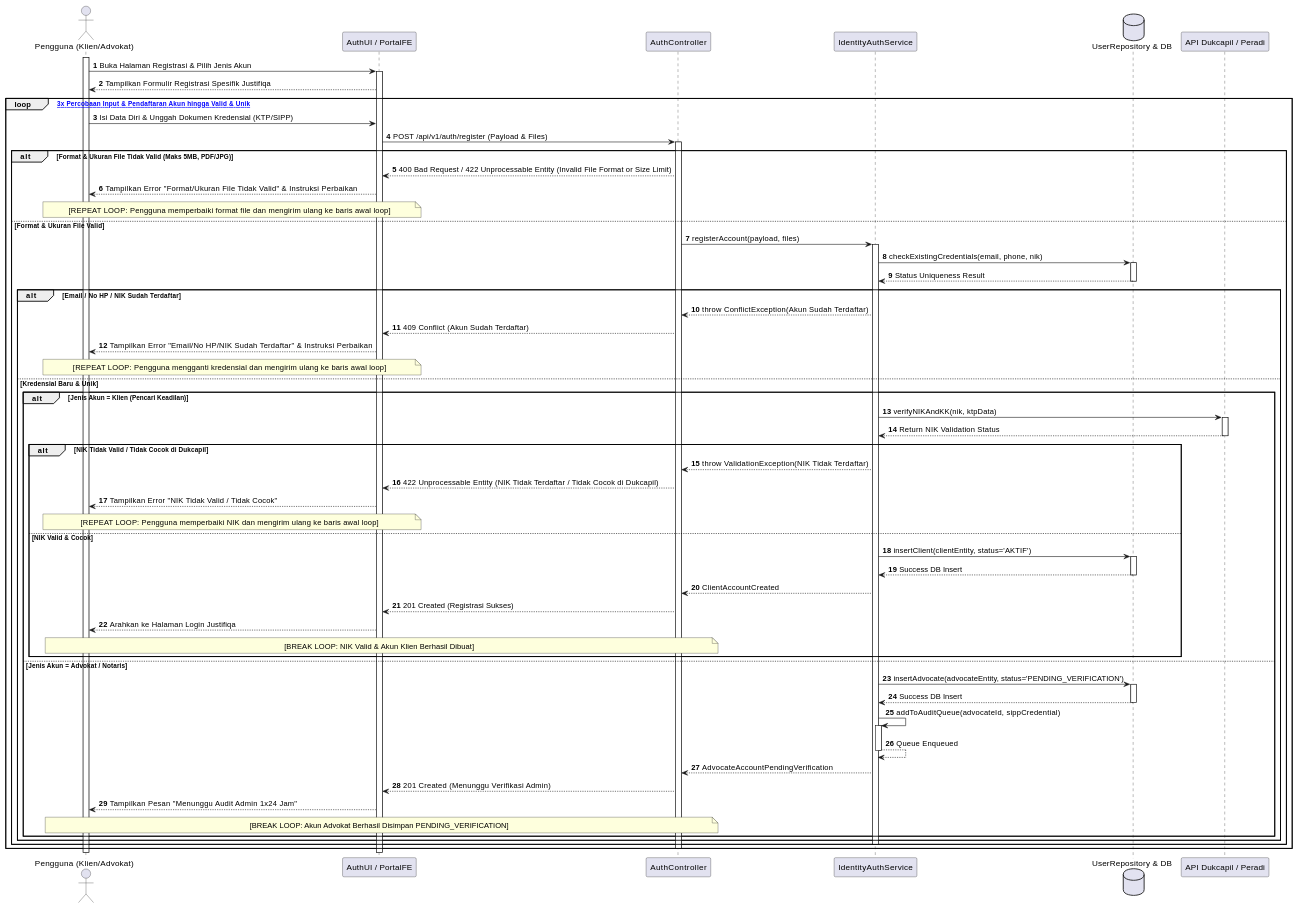
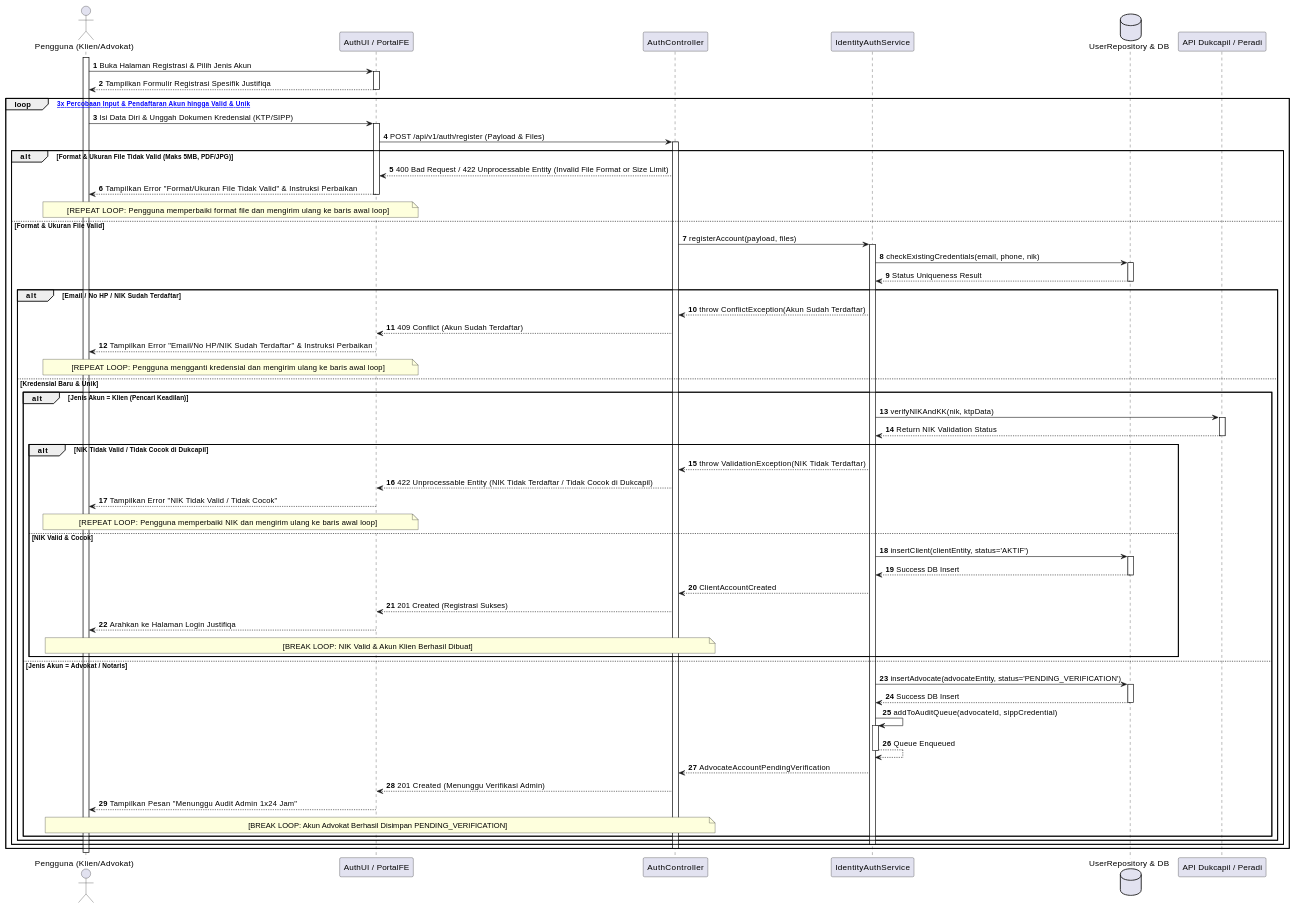
One commit to tupperwureism/SuperApp-Gagal changed the first of 28 diagrams in MarkDown/plantuml_sequence_diagrams.md. Above: the diagram before and after it, drawn with PlantUML. The commit also changed other lines of this file, not shown here.

````diff
--- a/MarkDown/plantuml_sequence_diagrams.md
+++ b/MarkDown/plantuml_sequence_diagrams.md
@@ -20,68 +20,74 @@
 ```plantuml
 @startuml
 autonumber
 actor "Pengguna (Klien/Advokat)" as User
 participant "AuthUI / PortalFE" as FE
 participant "AuthController" as CTRL
 participant "IdentityAuthService" as SVC
 database "UserRepository & DB" as REPO
 participant "API Dukcapil / Peradi" as Ext
 
 activate User
 User -> FE ++ : Buka Halaman Registrasi & Pilih Jenis Akun
 FE --> User : Tampilkan Formulir Registrasi Spesifik Justifiqa
+deactivate FE
+
 loop [Maksimal 3x Percobaan Input & Pendaftaran Akun hingga Valid & Unik]
-    User -> FE : Isi Data Diri & Unggah Dokumen Kredensial (KTP/SIPP)
+    User -> FE ++ : Isi Data Diri & Unggah Dokumen Kredensial (KTP/SIPP)
     FE -> CTRL ++ : POST /api/v1/auth/register (Payload & Files)
 
     alt Format & Ukuran File Tidak Valid (Maks 5MB, PDF/JPG)
         CTRL --> FE : 400 Bad Request / 422 Unprocessable Entity (Invalid File Format or Size Limit)
         FE --> User : Tampilkan Error "Format/Ukuran File Tidak Valid" & Instruksi Perbaikan
+        deactivate FE
         note over User, FE : [REPEAT LOOP: Pengguna memperbaiki format file dan mengirim ulang ke baris awal loop]
     else Format & Ukuran File Valid
         CTRL -> SVC ++ : registerAccount(payload, files)
         SVC -> REPO ++ : checkExistingCredentials(email, phone, nik)
         REPO --> SVC -- : Status Uniqueness Result
 
         alt Email / No HP / NIK Sudah Terdaftar
             SVC --> CTRL : throw ConflictException(Akun Sudah Terdaftar)
             CTRL --> FE : 409 Conflict (Akun Sudah Terdaftar)
             FE --> User : Tampilkan Error "Email/No HP/NIK Sudah Terdaftar" & Instruksi Perbaikan
+            deactivate FE
             note over User, FE : [REPEAT LOOP: Pengguna mengganti kredensial dan mengirim ulang ke baris awal loop]
         else Kredensial Baru & Unik
             alt Jenis Akun = Klien (Pencari Keadilan)
                 SVC -> Ext ++ : verifyNIKAndKK(nik, ktpData)
                 Ext --> SVC -- : Return NIK Validation Status
                 
                 alt NIK Tidak Valid / Tidak Cocok di Dukcapil
                     SVC --> CTRL : throw ValidationException(NIK Tidak Terdaftar)
                     CTRL --> FE : 422 Unprocessable Entity (NIK Tidak Terdaftar / Tidak Cocok di Dukcapil)
                     FE --> User : Tampilkan Error "NIK Tidak Valid / Tidak Cocok"
+                    deactivate FE
                     note over User, FE : [REPEAT LOOP: Pengguna memperbaiki NIK dan mengirim ulang ke baris awal loop]
                 else NIK Valid & Cocok
                     SVC -> REPO ++ : insertClient(clientEntity, status='AKTIF')
                     REPO --> SVC -- : Success DB Insert
                     SVC --> CTRL : ClientAccountCreated
                     CTRL --> FE : 201 Created (Registrasi Sukses)
                     FE --> User : Arahkan ke Halaman Login Justifiqa
+                    deactivate FE
                     note over User, CTRL : [BREAK LOOP: NIK Valid & Akun Klien Berhasil Dibuat]
                 end
             else Jenis Akun = Advokat / Notaris
                 SVC -> REPO ++ : insertAdvocate(advocateEntity, status='PENDING_VERIFICATION')
                 REPO --> SVC -- : Success DB Insert
                 SVC -> SVC ++ : addToAuditQueue(advocateId, sippCredential)
                 SVC --> SVC -- : Queue Enqueued
                 SVC --> CTRL : AdvocateAccountPendingVerification
                 CTRL --> FE : 201 Created (Menunggu Verifikasi Admin)
                 FE --> User : Tampilkan Pesan "Menunggu Audit Admin 1x24 Jam"
+                deactivate FE
                 note over User, CTRL : [BREAK LOOP: Akun Advokat Berhasil Disimpan PENDING_VERIFICATION]
             end
         end
         deactivate SVC
     end
     deactivate CTRL
 end
-deactivate FE
 deactivate User
 @enduml
 ```
````
